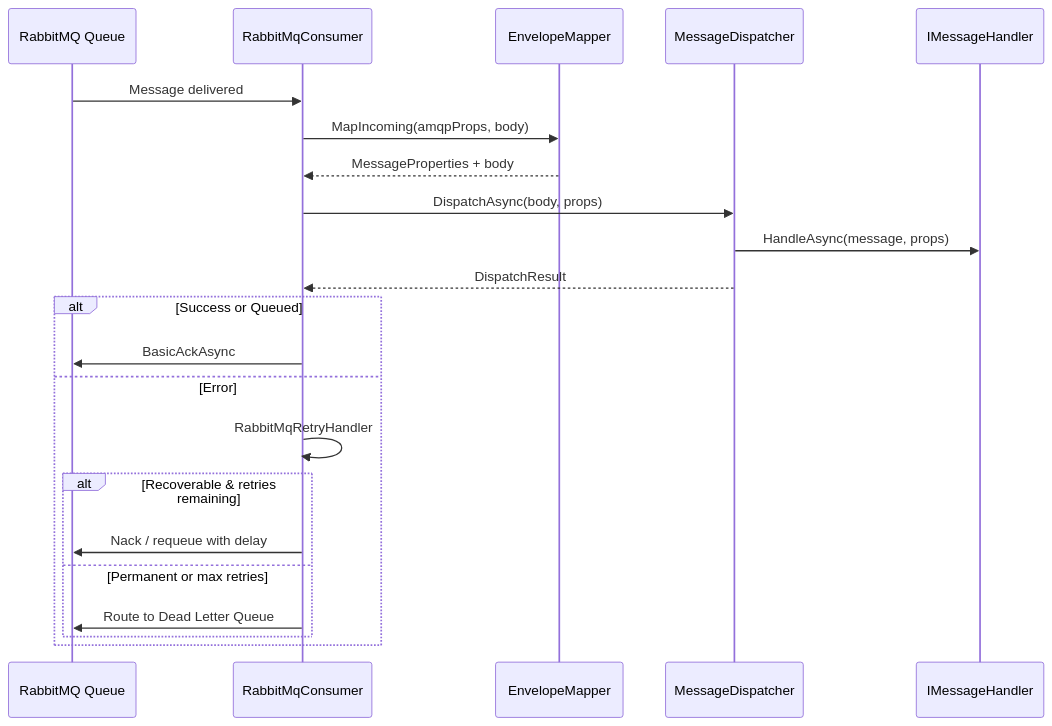
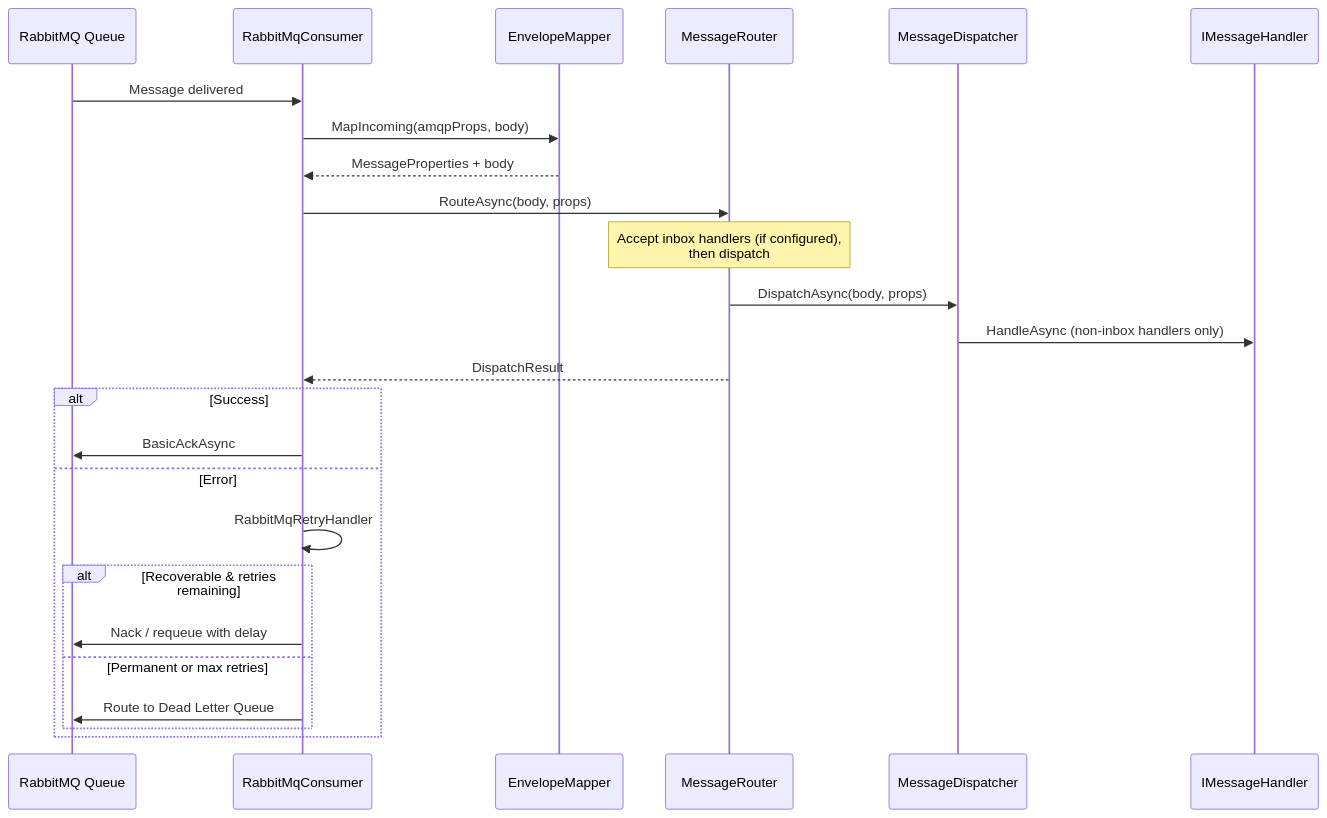
Before and after one commit to saithis/Ratatoskr: the fifth of 9 diagrams in docs/architecture.md, drawn with Mermaid. The commit also changed other lines of this file and 19 other files, not shown here.

Commit message:
Improve architecture around inbox

````diff
--- a/docs/architecture.md
+++ b/docs/architecture.md
@@ -192,25 +196,28 @@
 ```mermaid
 sequenceDiagram
     participant Q as RabbitMQ Queue
     participant C as RabbitMqConsumer
     participant M as EnvelopeMapper
+    participant R as MessageRouter
     participant D as MessageDispatcher
     participant H as IMessageHandler
 
     Q->>C: Message delivered
     C->>M: MapIncoming(amqpProps, body)
     M-->>C: MessageProperties + body
-    C->>D: DispatchAsync(body, props)
-    D->>H: HandleAsync(message, props)
-    D-->>C: DispatchResult
-    alt Success or Queued
+    C->>R: RouteAsync(body, props)
+    Note over R: Accept inbox handlers (if configured),<br/>then dispatch
+    R->>D: DispatchAsync(body, props)
+    D->>H: HandleAsync (non-inbox handlers only)
+    R-->>C: DispatchResult
+    alt Success
         C->>Q: BasicAckAsync
     else Error
         C->>C: RabbitMqRetryHandler
         alt Recoverable & retries remaining
             C->>Q: Nack / requeue with delay
         else Permanent or max retries
             C->>Q: Route to Dead Letter Queue
         end
     end
 ```
````
